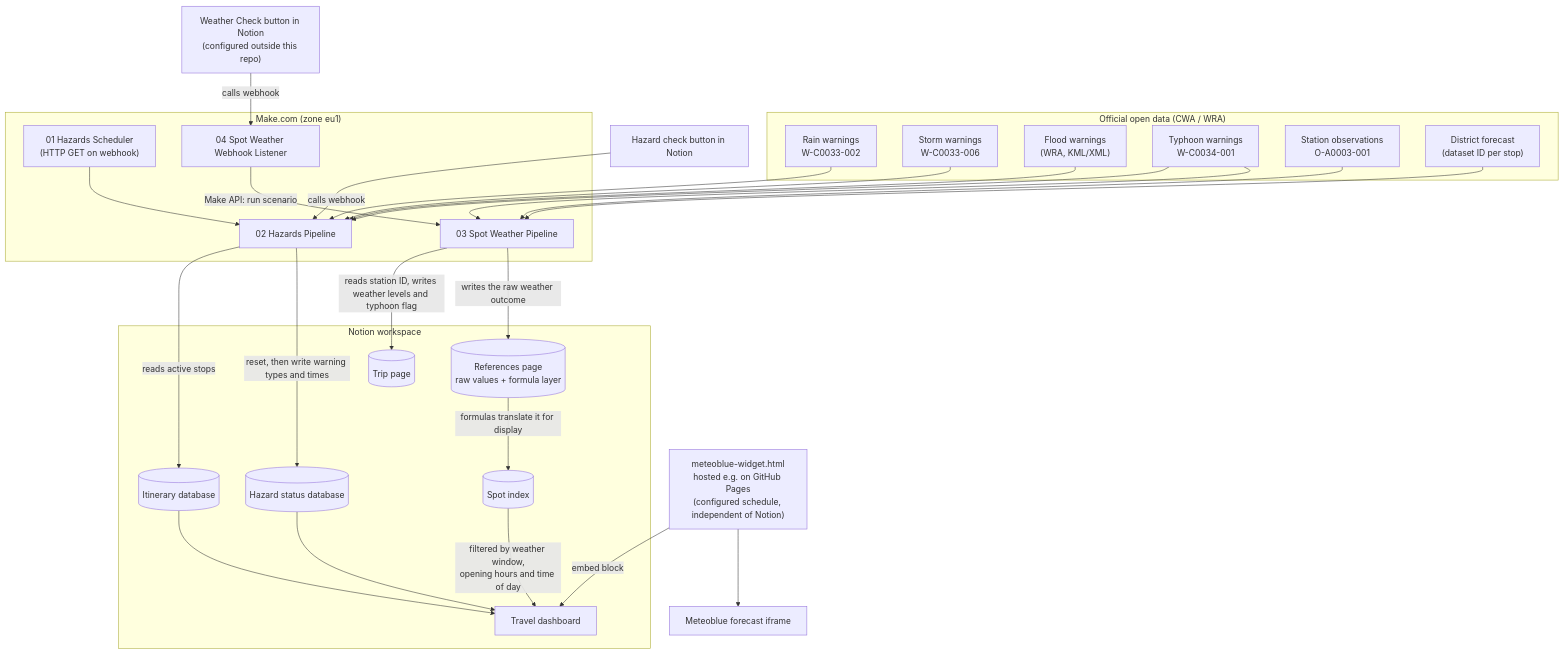
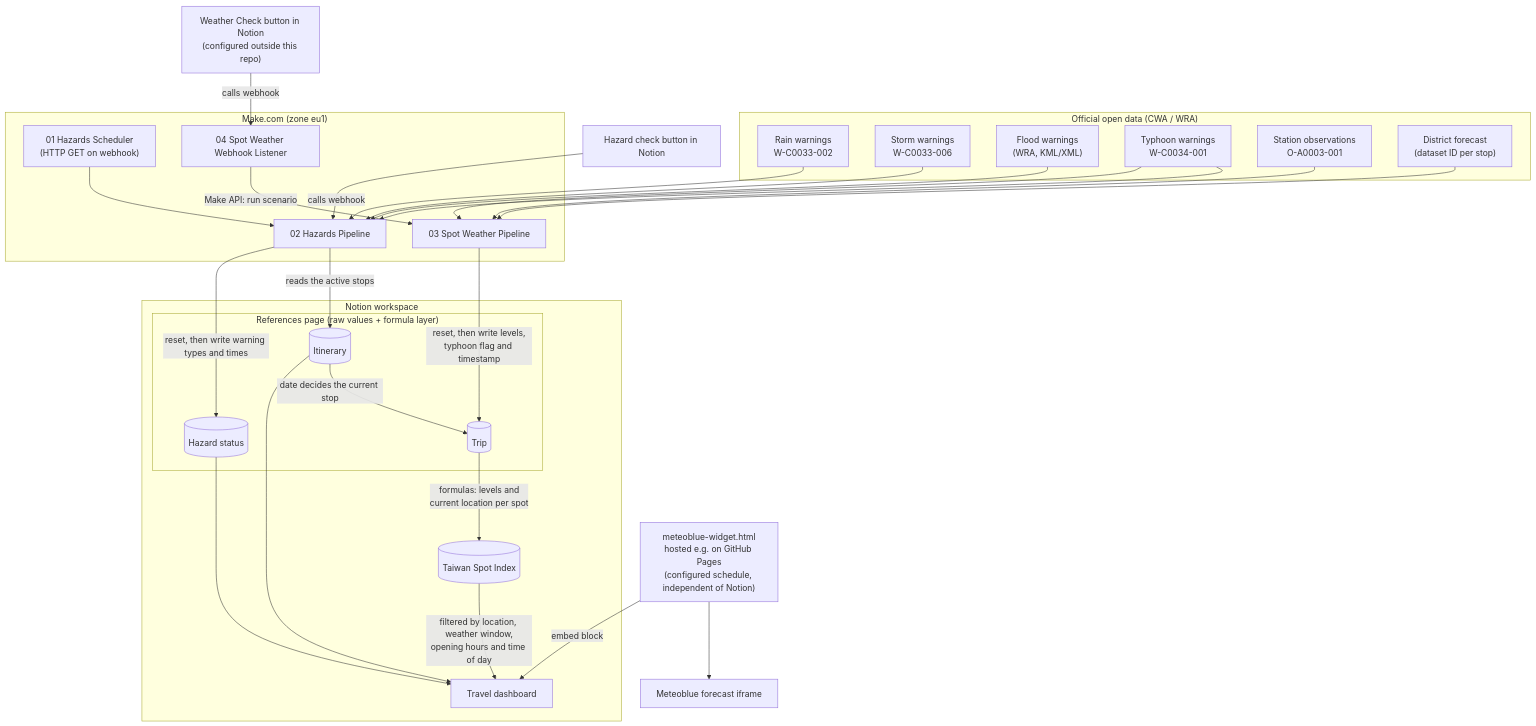
Before and after one commit to bisch2306/travel-weather-intelligence-system: the first of 4 diagrams in README.md, drawn with Mermaid.

Commit message:
Fix the structure of the architecture diagram
The trip record, the itinerary and the hazard status are all databases on the
References page, but the diagram drew References as a separate node alongside
them, implying a data flow that does not exist. They are now nested where they
belong, and the edges show what actually happens: the itinerary's date decides
the current stop, and formulas on the trip record feed the spot index.

Claude-Session: https://claude.ai/code/session_01ADfcoKs2kmY3kh444EzFG1

````diff
--- a/README.md
+++ b/README.md
@@ -27,47 +27,48 @@
 ```mermaid
 graph TD
     subgraph SRC["Official open data (CWA / WRA)"]
         A1["Rain warnings<br/>W-C0033-002"]
         A2["Storm warnings<br/>W-C0033-006"]
         A3["Flood warnings<br/>(WRA, KML/XML)"]
         A4["Typhoon warnings<br/>W-C0034-001"]
         A5["Station observations<br/>O-A0003-001"]
         A6["District forecast<br/>(dataset ID per stop)"]
     end
 
     subgraph Make["Make.com (zone eu1)"]
         S1["01 Hazards Scheduler<br/>(HTTP GET on webhook)"] --> H["02 Hazards Pipeline"]
         W1["04 Spot Weather Webhook Listener"] -->|"Make API: run scenario"| P["03 Spot Weather Pipeline"]
     end
 
     T1["Hazard check button in Notion"] -->|"calls webhook"| H
     T["Weather Check button in Notion<br/>(configured outside this repo)"] -->|"calls webhook"| W1
 
     subgraph Notion["Notion workspace"]
-        HD[("Hazard status database")]
-        ID[("Itinerary database")]
-        TR[("Trip page")]
-        RF[("References page<br/>raw values + formula layer")]
-        SP[("Spot index")]
+        subgraph REF["References page (raw values + formula layer)"]
+            ID[("Itinerary")]
+            HD[("Hazard status")]
+            TR[("Trip")]
+        end
+        SP[("Taiwan Spot Index")]
         DB["Travel dashboard"]
     end
 
     A1 --> H
     A2 --> H
     A3 --> H
     A4 --> H
     A4 --> P
     A5 --> P
     A6 --> P
-    H -->|"reads active stops"| ID
+    H -->|"reads the active stops"| ID
     H -->|"reset, then write warning types and times"| HD
-    P -->|"reads station ID, writes weather levels and typhoon flag"| TR
-    P -->|"writes the raw weather outcome"| RF
-    RF -->|"formulas translate it for display"| SP
+    P -->|"reset, then write levels,<br/>typhoon flag and timestamp"| TR
+    ID -->|"date decides the current stop"| TR
+    TR -->|"formulas: levels and<br/>current location per spot"| SP
     ID --> DB
     HD --> DB
-    SP -->|"filtered by weather window,<br/>opening hours and time of day"| DB
+    SP -->|"filtered by location, weather window,<br/>opening hours and time of day"| DB
 
     WG["meteoblue-widget.html<br/>hosted e.g. on GitHub Pages<br/>(configured schedule, independent of Notion)"] -->|"embed block"| DB
     WG --> MB["Meteoblue forecast iframe"]
 ```
````
